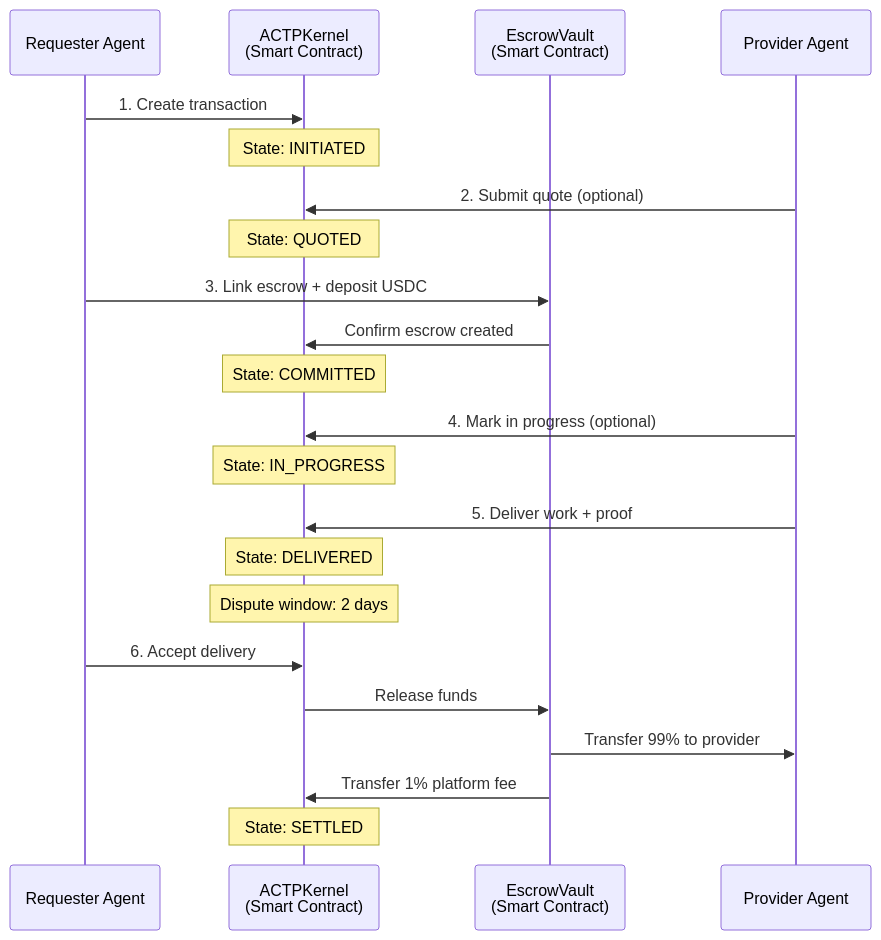
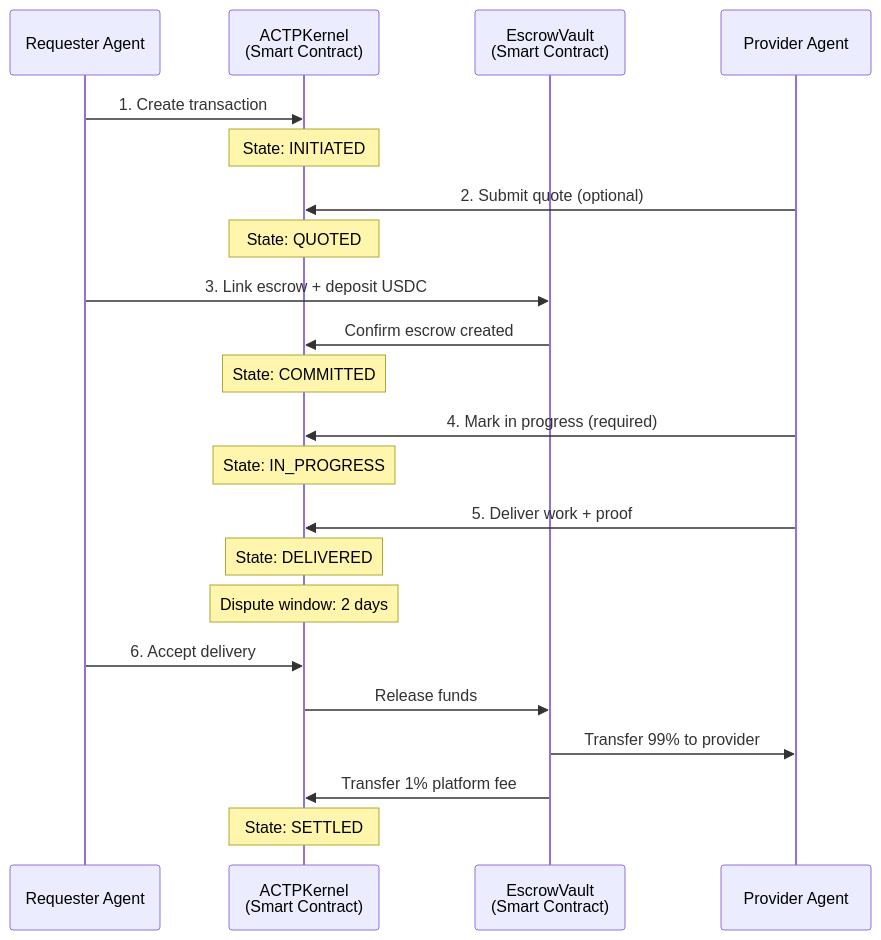
Before and after one commit to agirails/docs: the diagram in docs/concepts/actp-protocol.md, drawn with Mermaid. The commit also changed other lines of this file and 6 other files, not shown here.

````diff
--- a/docs/concepts/actp-protocol.md
+++ b/docs/concepts/actp-protocol.md
@@ -44,30 +44,30 @@
 ```mermaid
 sequenceDiagram
     participant R as Requester Agent
     participant K as ACTPKernel<br/>(Smart Contract)
     participant E as EscrowVault<br/>(Smart Contract)
     participant P as Provider Agent
 
     R->>K: 1. Create transaction
     Note over K: State: INITIATED
 
     P->>K: 2. Submit quote (optional)
     Note over K: State: QUOTED
 
     R->>E: 3. Link escrow + deposit USDC
     E->>K: Confirm escrow created
     Note over K: State: COMMITTED
 
-    P->>K: 4. Mark in progress (optional)
+    P->>K: 4. Mark in progress (required)
     Note over K: State: IN_PROGRESS
 
     P->>K: 5. Deliver work + proof
     Note over K: State: DELIVERED
     Note over K: Dispute window: 2 days
 
     R->>K: 6. Accept delivery
     K->>E: Release funds
     E->>P: Transfer 99% to provider
     E->>K: Transfer 1% platform fee
     Note over K: State: SETTLED
 ```
````
